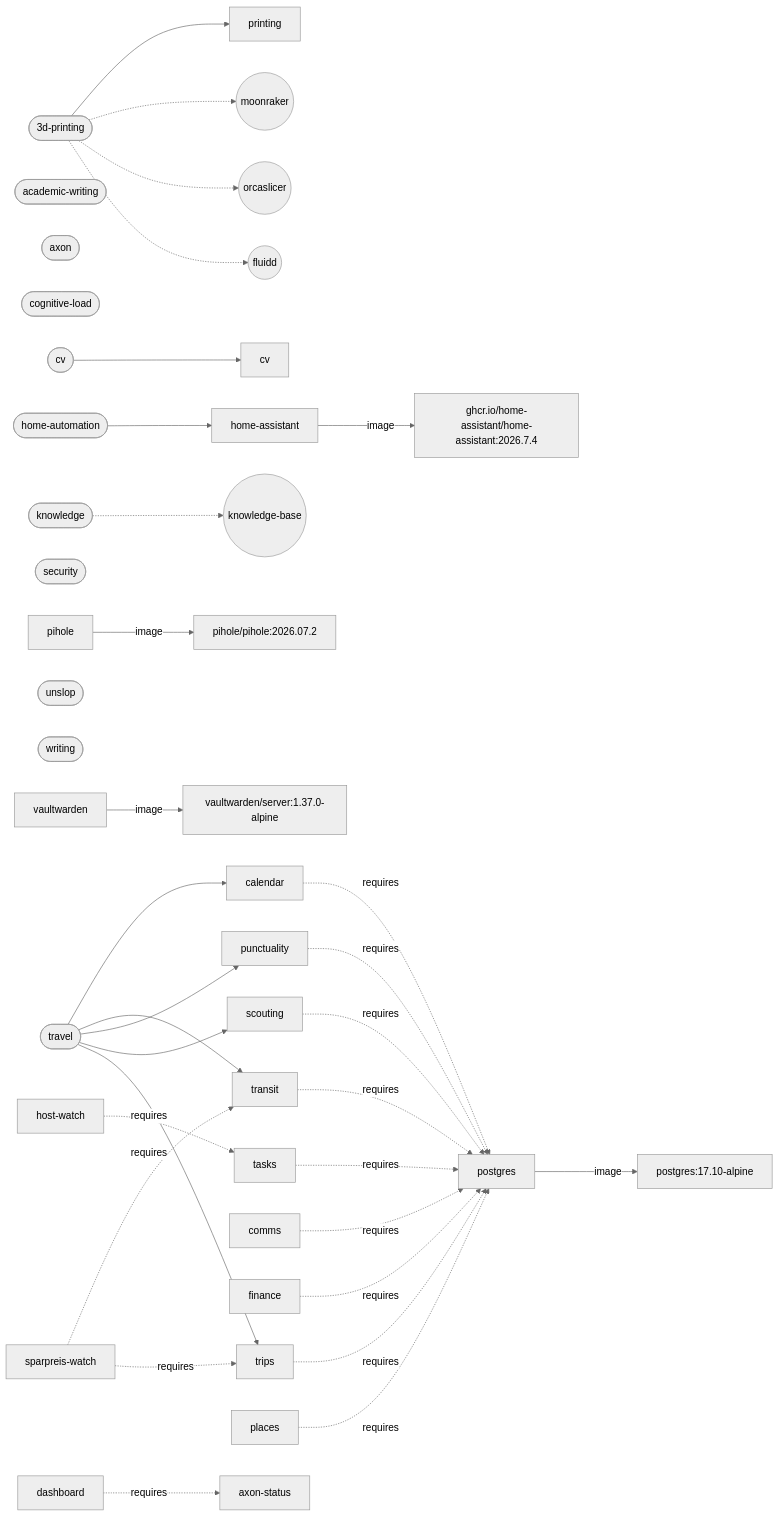
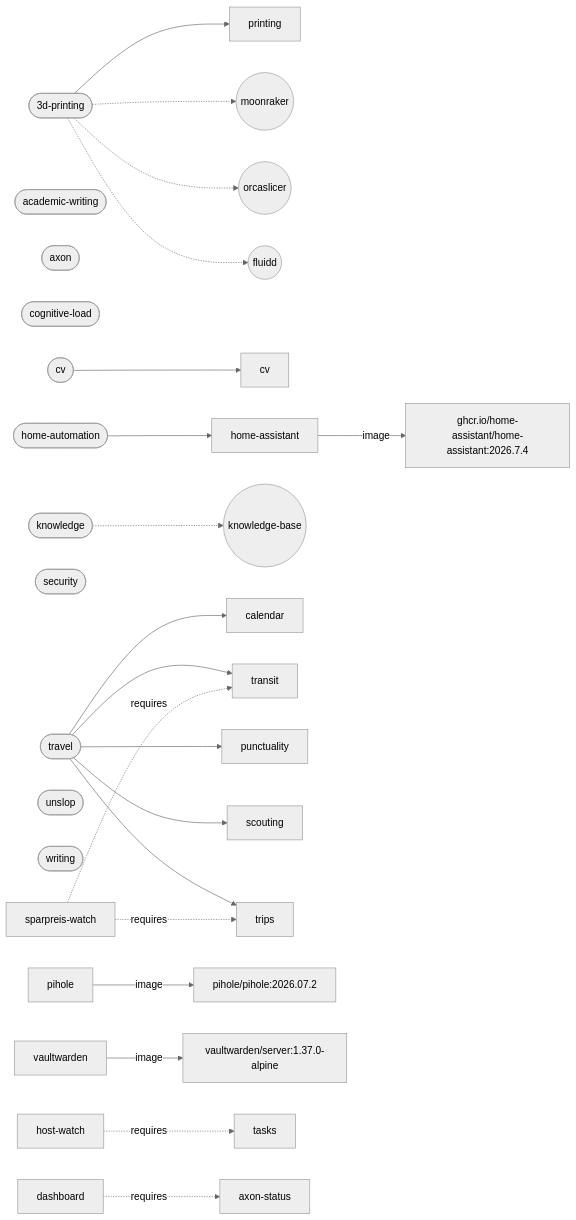
Before and after one commit to larsboes/Axon: the diagram in ARCHITECTURE.md, drawn with Mermaid (neutral theme). The commit also changed other lines of this file and 1 other file, not shown here.

````diff
--- a/ARCHITECTURE.md
+++ b/ARCHITECTURE.md
@@ -131,43 +131,33 @@
 ```mermaid
 flowchart LR
   pack_3d_printing(["3d-printing"])
   pack_3d_printing --> cap_printing["printing"]
   pack_3d_printing -.-> sys_moonraker(("moonraker"))
   pack_3d_printing -.-> sys_orcaslicer(("orcaslicer"))
   pack_3d_printing -.-> sys_fluidd(("fluidd"))
   pack_academic_writing(["academic-writing"])
   pack_axon(["axon"])
   pack_cognitive_load(["cognitive-load"])
   pack_cv(["cv"])
   pack_cv --> cap_cv["cv"]
   pack_home_automation(["home-automation"])
   pack_home_automation --> cap_home_assistant["home-assistant"]
   pack_knowledge(["knowledge"])
   pack_knowledge -.-> sys_knowledge_base(("knowledge-base"))
   pack_security(["security"])
   pack_travel(["travel"])
   pack_travel --> cap_calendar["calendar"]
   pack_travel --> cap_transit["transit"]
   pack_travel --> cap_punctuality["punctuality"]
   pack_travel --> cap_scouting["scouting"]
   pack_travel --> cap_trips["trips"]
   pack_unslop(["unslop"])
   pack_writing(["writing"])
   cap_home_assistant["home-assistant"] -->|image| img_ghcr_io_home_assistant_home_assistant["ghcr.io/home-assistant/home-assistant:2026.7.4"]
   cap_pihole["pihole"] -->|image| img_pihole_pihole["pihole/pihole:2026.07.2"]
-  cap_postgres["postgres"] -->|image| img_postgres["postgres:17.10-alpine"]
   cap_vaultwarden["vaultwarden"] -->|image| img_vaultwarden_server["vaultwarden/server:1.37.0-alpine"]
-  cap_calendar["calendar"] -.->|requires| cap_postgres["postgres"]
-  cap_comms["comms"] -.->|requires| cap_postgres["postgres"]
-  cap_finance["finance"] -.->|requires| cap_postgres["postgres"]
   cap_host_watch["host-watch"] -.->|requires| cap_tasks["tasks"]
-  cap_places["places"] -.->|requires| cap_postgres["postgres"]
-  cap_punctuality["punctuality"] -.->|requires| cap_postgres["postgres"]
-  cap_scouting["scouting"] -.->|requires| cap_postgres["postgres"]
   cap_sparpreis_watch["sparpreis-watch"] -.->|requires| cap_transit["transit"]
   cap_sparpreis_watch["sparpreis-watch"] -.->|requires| cap_trips["trips"]
-  cap_tasks["tasks"] -.->|requires| cap_postgres["postgres"]
-  cap_transit["transit"] -.->|requires| cap_postgres["postgres"]
-  cap_trips["trips"] -.->|requires| cap_postgres["postgres"]
   cap_dashboard["dashboard"] -.->|requires| cap_axon_status["axon-status"]
 ```
````
